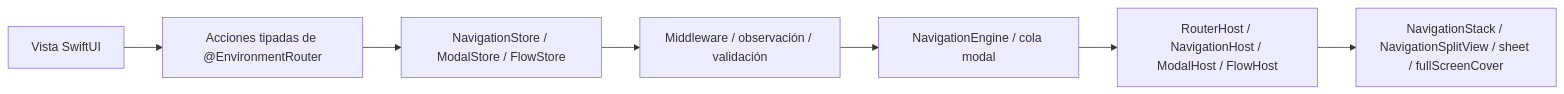
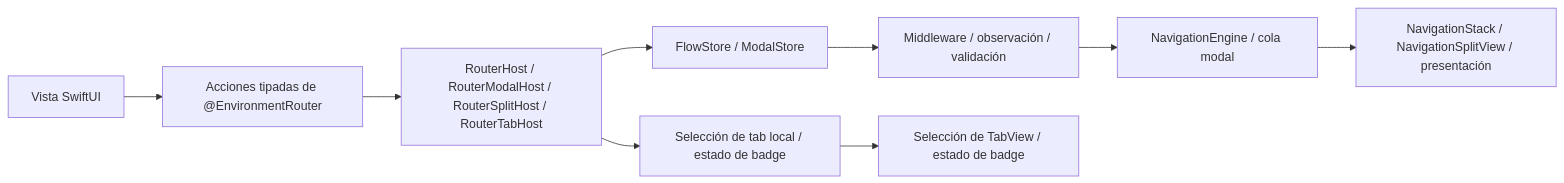
One commit to InnoSquadCorp/InnoRouter changed the first of 2 diagrams in README.es.md. Above: the diagram before and after it, drawn with Mermaid. The commit also changed other lines of this file and 9 other files, not shown here.

````diff
--- a/README.es.md
+++ b/README.es.md
@@ -315,9 +395,11 @@
 ```mermaid
 flowchart LR
     View["Vista SwiftUI"] --> Actions["Acciones tipadas de @EnvironmentRouter"]
-    Actions --> Store["NavigationStore / ModalStore / FlowStore"]
+    Actions --> Host["RouterHost / RouterModalHost / RouterSplitHost / RouterTabHost"]
+    Host --> Store["FlowStore / ModalStore"]
+    Host --> Tabs["Selección de tab local / estado de badge"]
     Store --> Policy["Middleware / observación / validación"]
     Policy --> Execution["NavigationEngine / cola modal"]
-    Execution --> Host["RouterHost / NavigationHost / ModalHost / FlowHost"]
-    Host --> System["NavigationStack / NavigationSplitView / sheet / fullScreenCover"]
+    Execution --> Routed["NavigationStack / NavigationSplitView / presentación"]
+    Tabs --> TabView["Selección de TabView / estado de badge"]
 ```
````
